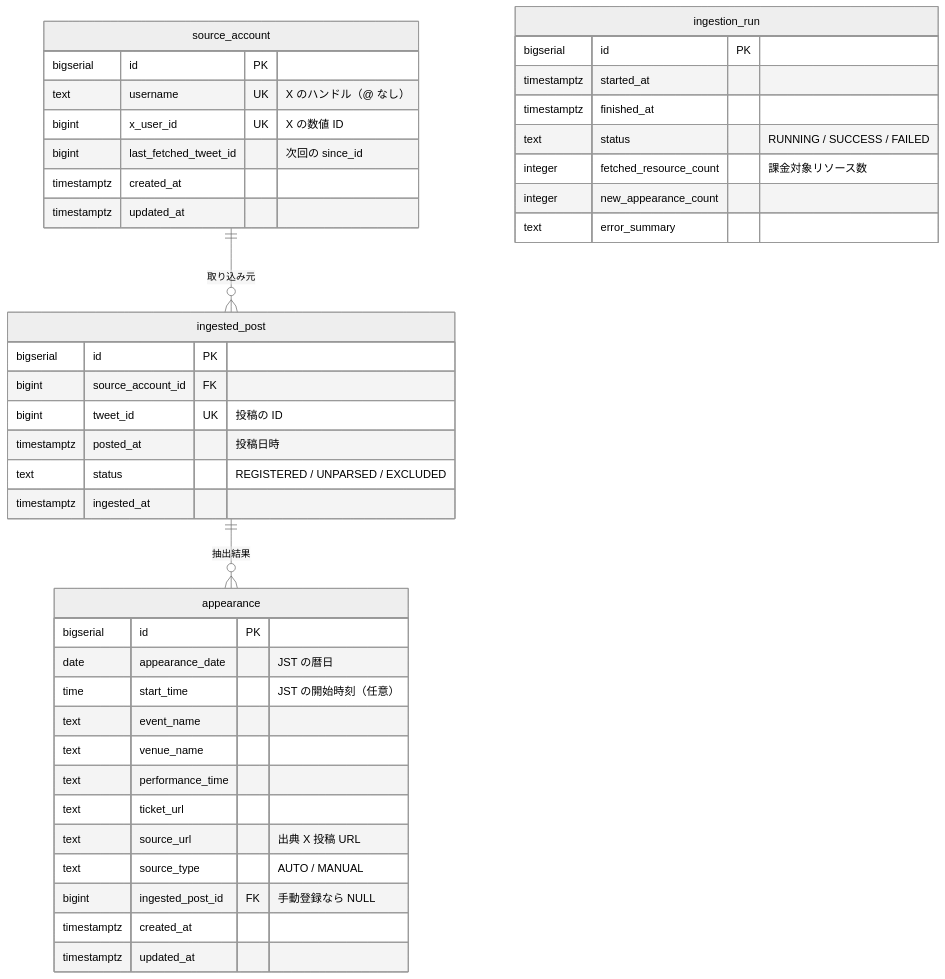
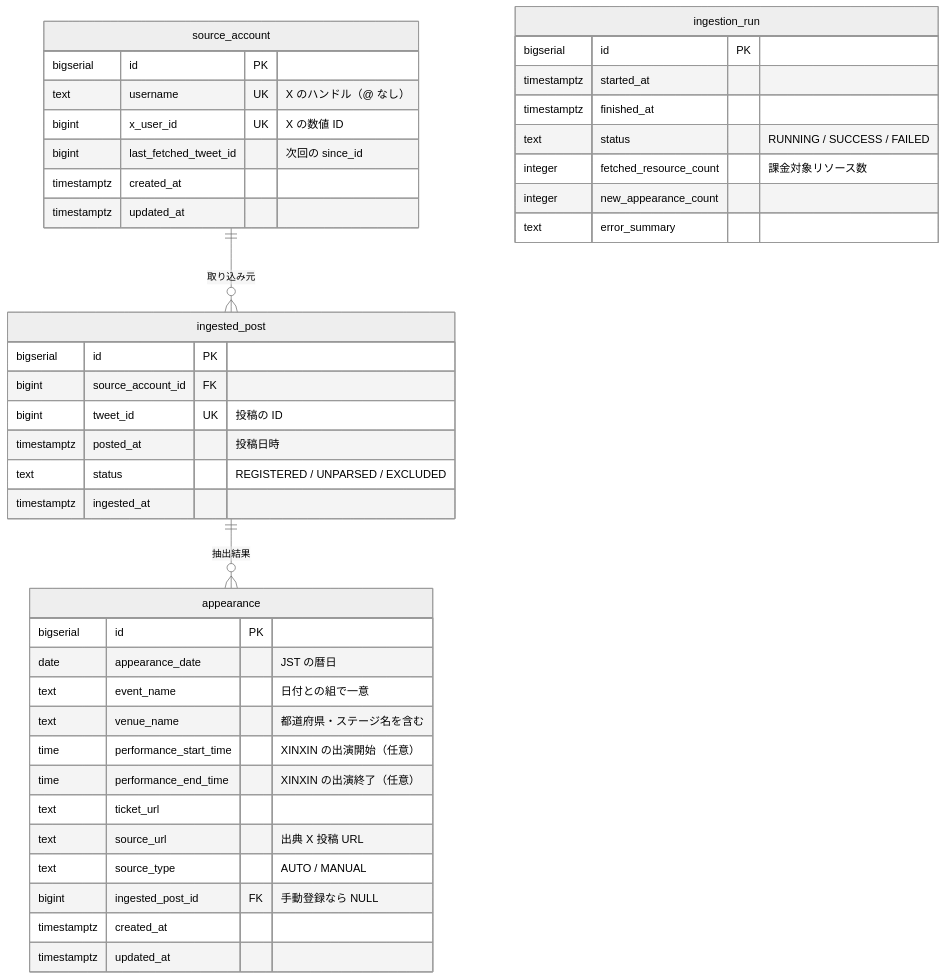
Before and after one commit to gitzhich/hatena-calendar: the diagram in docs/data-model.md, drawn with Mermaid (neutral theme). The commit also changed other lines of this file and 7 other files, not shown here.

````diff
--- a/docs/data-model.md
+++ b/docs/data-model.md
@@ -26,48 +26,48 @@
 ```mermaid
 erDiagram
     source_account ||--o{ ingested_post : "取り込み元"
     ingested_post  ||--o{ appearance     : "抽出結果"
 
     source_account {
         bigserial   id PK
         text        username UK "X のハンドル（@ なし）"
         bigint      x_user_id UK "X の数値 ID"
         bigint      last_fetched_tweet_id "次回の since_id"
         timestamptz created_at
         timestamptz updated_at
     }
 
     ingested_post {
         bigserial   id PK
         bigint      source_account_id FK
         bigint      tweet_id UK "投稿の ID"
         timestamptz posted_at "投稿日時"
         text        status "REGISTERED / UNPARSED / EXCLUDED"
         timestamptz ingested_at
     }
 
     appearance {
         bigserial   id PK
         date        appearance_date "JST の暦日"
-        time        start_time "JST の開始時刻（任意）"
-        text        event_name
-        text        venue_name
-        text        performance_time
+        text        event_name "日付との組で一意"
+        text        venue_name "都道府県・ステージ名を含む"
+        time        performance_start_time "XINXIN の出演開始（任意）"
+        time        performance_end_time "XINXIN の出演終了（任意）"
         text        ticket_url
         text        source_url "出典 X 投稿 URL"
         text        source_type "AUTO / MANUAL"
         bigint      ingested_post_id FK "手動登録なら NULL"
         timestamptz created_at
         timestamptz updated_at
     }
 
     ingestion_run {
         bigserial   id PK
         timestamptz started_at
         timestamptz finished_at
         text        status "RUNNING / SUCCESS / FAILED"
         integer     fetched_resource_count "課金対象リソース数"
         integer     new_appearance_count
         text        error_summary
     }
 ```
````
